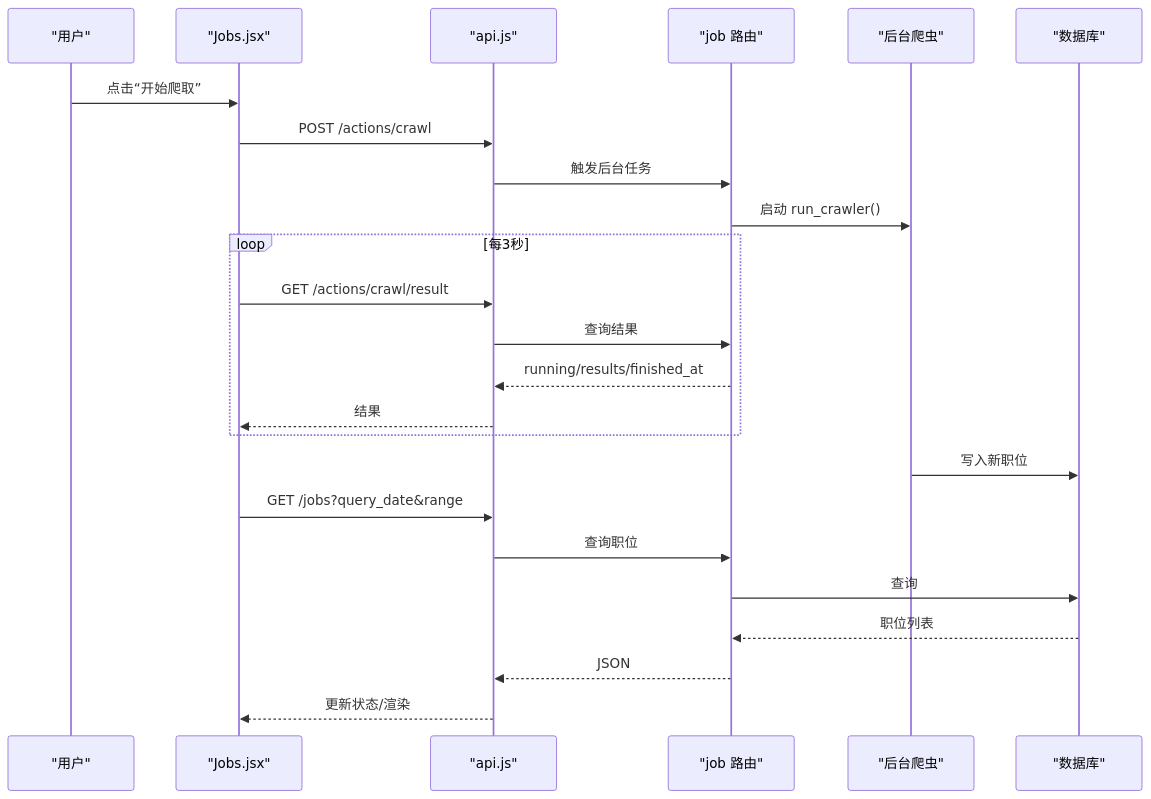
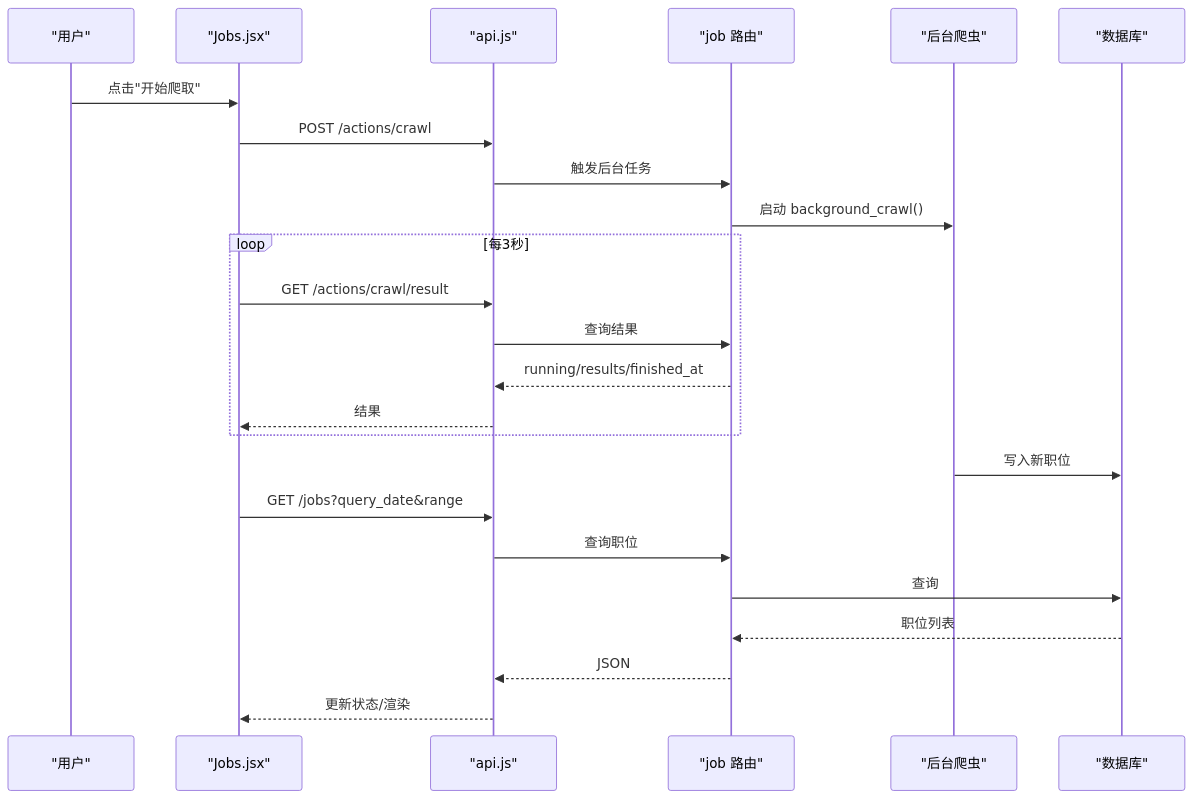
One commit to henghengZhu-0719/myblog changed the third of 7 diagrams in .qoder/repowiki/zh/content/前端架构/核心组件/功能特性组件.md. Above: the diagram before and after it, drawn with Mermaid. The commit also changed other lines of this file and 3 other files, not shown here.

````diff
--- a/.qoder/repowiki/zh/content/前端架构/核心组件/功能特性组件.md
+++ b/.qoder/repowiki/zh/content/前端架构/核心组件/功能特性组件.md
@@ -148,26 +161,26 @@
 ```mermaid
 sequenceDiagram
 participant U as "用户"
 participant C as "Jobs.jsx"
 participant A as "api.js"
 participant R as "job 路由"
 participant W as "后台爬虫"
 participant D as "数据库"
-U->>C : 点击“开始爬取”
+U->>C : 点击"开始爬取"
 C->>A : POST /actions/crawl
 A->>R : 触发后台任务
-R->>W : 启动 run_crawler()
+R->>W : 启动 background_crawl()
 loop 每3秒
 C->>A : GET /actions/crawl/result
 A->>R : 查询结果
 R-->>A : running/results/finished_at
 A-->>C : 结果
 end
 W->>D : 写入新职位
 C->>A : GET /jobs?query_date&range
 A->>R : 查询职位
 R->>D : 查询
 D-->>R : 职位列表
 R-->>A : JSON
 A-->>C : 更新状态/渲染
 ```
````
